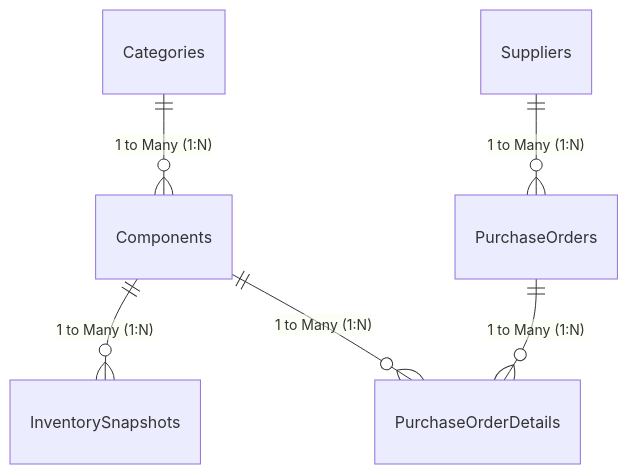
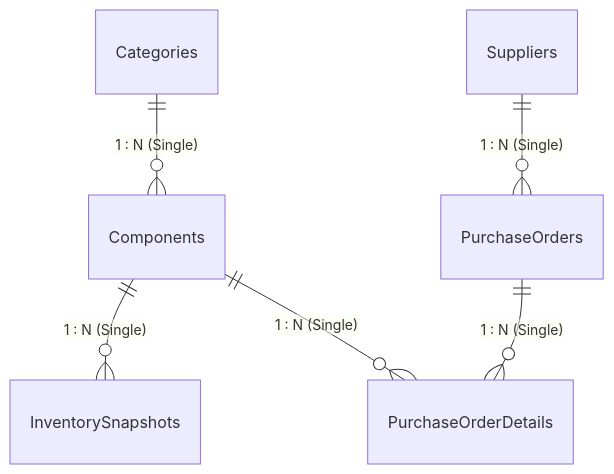
One commit to shashaank747/Electronics-Component-Analytics changed the diagram in 04_Power_BI/data_model_documentation.md. Above: the diagram before and after it, drawn with Mermaid. The commit also changed other lines of this file and 14 other files, not shown here.

````diff
--- a/04_Power_BI/data_model_documentation.md
+++ b/04_Power_BI/data_model_documentation.md
@@ -12,8 +8,8 @@
 ```mermaid
 erDiagram
-    Categories ||--o{ Components : "1 to Many (1:N)"
-    Components ||--o{ InventorySnapshots : "1 to Many (1:N)"
-    Components ||--o{ PurchaseOrderDetails : "1 to Many (1:N)"
-    Suppliers ||--o{ PurchaseOrders : "1 to Many (1:N)"
-    PurchaseOrders ||--o{ PurchaseOrderDetails : "1 to Many (1:N)"
+    Categories ||--o{ Components : "1 : N (Single)"
+    Components ||--o{ InventorySnapshots : "1 : N (Single)"
+    Components ||--o{ PurchaseOrderDetails : "1 : N (Single)"
+    Suppliers ||--o{ PurchaseOrders : "1 : N (Single)"
+    PurchaseOrders ||--o{ PurchaseOrderDetails : "1 : N (Single)"
 ```
````
